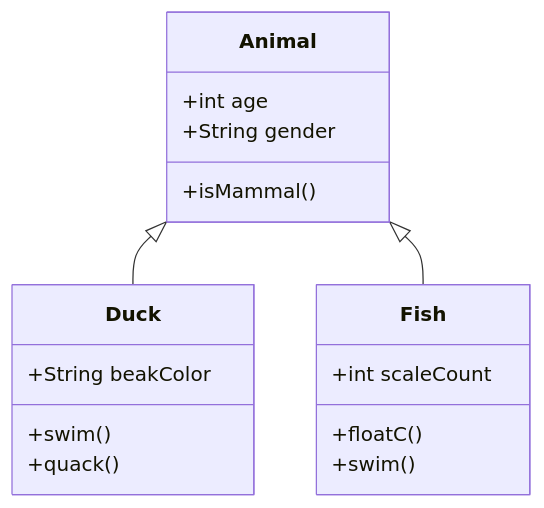
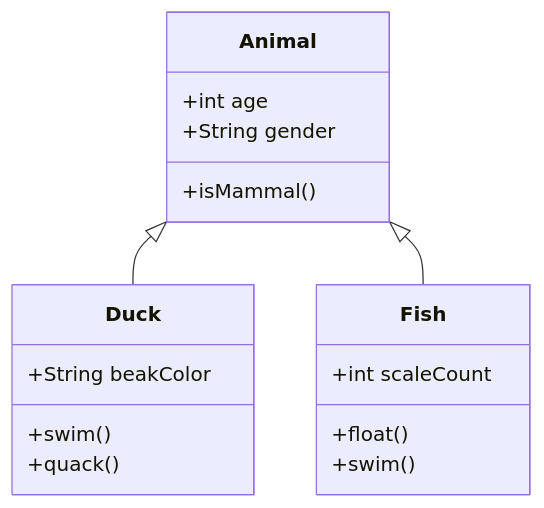
The fifth of 10 diagrams in packages/mdopen/tests/mermaid-gallery.md (happytomatoe/pi-open-message-in-browser), drawn with Mermaid before and after one commit. The commit also changed 2 other files, not shown here.

Commit message:
fix(iteration-1): apply review auto-fixes
- Add markdown-it compiler to security test suite
- Add execPromise timeout (30s) to mermaid-gallery spec
- Refactor mermaid-gallery to use beforeAll for HTML generation
- Add afterAll cleanup for generated test files
- Fix typo in mermaid gallery class diagram (floatC -> float)

````diff
--- a/packages/mdopen/tests/mermaid-gallery.md
+++ b/packages/mdopen/tests/mermaid-gallery.md
@@ -47,18 +47,18 @@
 ```mermaid
 classDiagram
     Animal <|-- Duck
     Animal <|-- Fish
     Animal : +int age
     Animal : +String gender
     Animal: +isMammal()
     class Duck{
         +String beakColor
         +swim()
         +quack()
     }
     class Fish{
         +int scaleCount
-        +floatC()
+        +float()
         +swim()
     }
 ```
````
